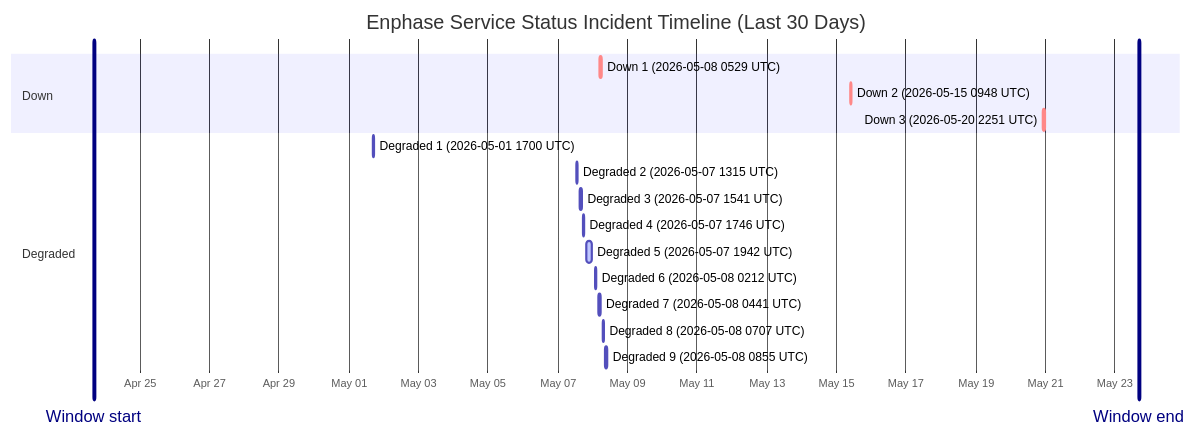
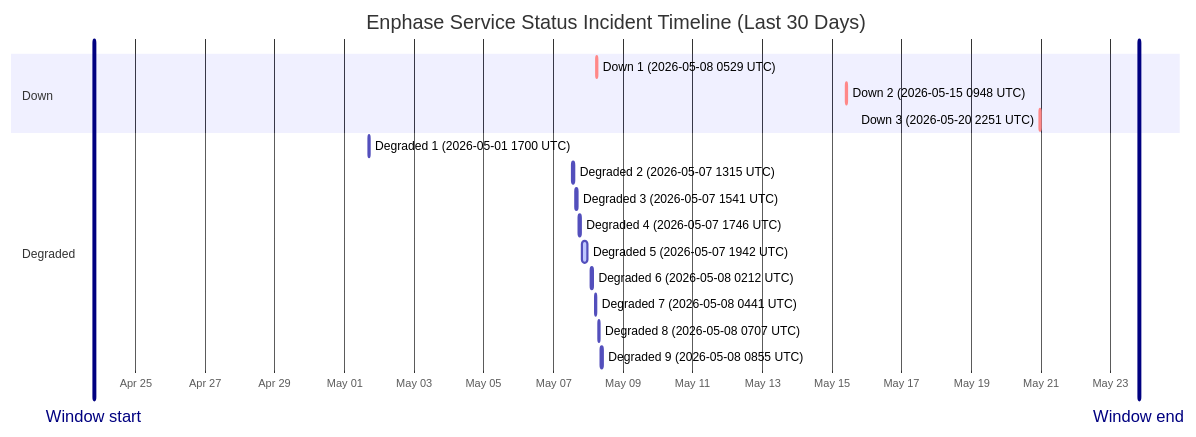
Before and after one commit to barneyonline/ha-enphase-ev-charger: the diagram in wiki/Service-Status-History.md, drawn with Mermaid. The commit also changed other lines of this file and 3 other files, not shown here.

````diff
--- a/wiki/Service-Status-History.md
+++ b/wiki/Service-Status-History.md
@@ -14,22 +14,22 @@
 ```mermaid
 gantt
     title Enphase Service Status Incident Timeline (Last 30 Days)
     dateFormat  YYYY-MM-DDTHH:mm:ss
     axisFormat  %b %d
-    Window start :vert, window-start, 2026-04-23T16:30:29, 0ms
-    Window end :vert, window-end, 2026-05-23T16:30:29, 0ms
+    Window start :vert, window-start, 2026-04-23T19:23:48, 0ms
+    Window end :vert, window-end, 2026-05-23T19:23:48, 0ms
     section Down
     Down 1 (2026-05-08 0529 UTC) :crit, down-1, 2026-05-08T05:29:47, 60m
     Down 2 (2026-05-15 0948 UTC) :crit, down-2, 2026-05-15T09:48:18, 60m
     Down 3 (2026-05-20 2251 UTC) :crit, down-3, 2026-05-20T22:51:14, 75m
     section Degraded
     Degraded 1 (2026-05-01 1700 UTC) :active, degraded-1, 2026-05-01T17:00:22, 60m
     Degraded 2 (2026-05-07 1315 UTC) :active, degraded-2, 2026-05-07T13:15:25, 60m
     Degraded 3 (2026-05-07 1541 UTC) :active, degraded-3, 2026-05-07T15:41:58, 60m
     Degraded 4 (2026-05-07 1746 UTC) :active, degraded-4, 2026-05-07T17:46:51, 60m
     Degraded 5 (2026-05-07 1942 UTC) :active, degraded-5, 2026-05-07T19:42:10, 249m
     Degraded 6 (2026-05-08 0212 UTC) :active, degraded-6, 2026-05-08T02:12:39, 60m
     Degraded 7 (2026-05-08 0441 UTC) :active, degraded-7, 2026-05-08T04:41:46, 60m
     Degraded 8 (2026-05-08 0707 UTC) :active, degraded-8, 2026-05-08T07:07:30, 60m
     Degraded 9 (2026-05-08 0855 UTC) :active, degraded-9, 2026-05-08T08:55:20, 88m
 ```
````
